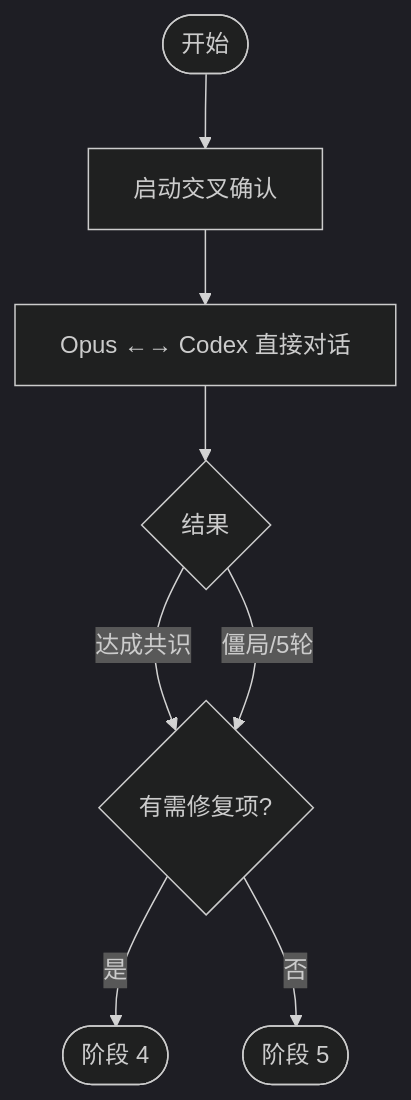
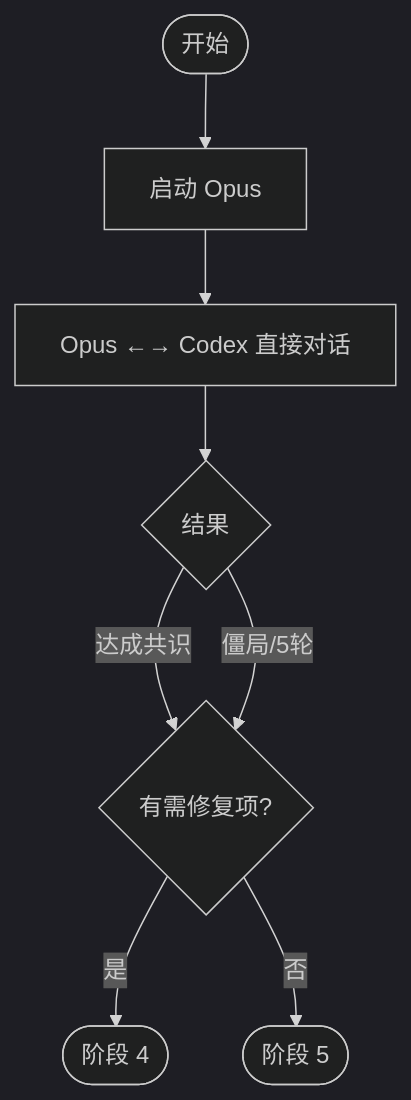
Before and after one commit to notdp/.dotfiles: the diagram in skills/duoduo/stages/3-cross-confirm-orchestrator.md, drawn with Mermaid (dark theme). The commit also changed other lines of this file and 2 other files, not shown here.

````diff
--- a/skills/duoduo/stages/3-cross-confirm-orchestrator.md
+++ b/skills/duoduo/stages/3-cross-confirm-orchestrator.md
@@ -7,11 +7,11 @@
 ```mermaid
 flowchart TD
-    Start([开始]) --> Init[启动交叉确认]
+    Start([开始]) --> Init[启动 Opus]
     Init --> Dialog[Opus ←→ Codex 直接对话]
     Dialog --> Result{结果}
     Result -->|达成共识| Next
     Result -->|僵局/5轮| Next
     Next{有需修复项?}
     Next -->|是| S4([阶段 4])
     Next -->|否| S5([阶段 5])
 ```
````
